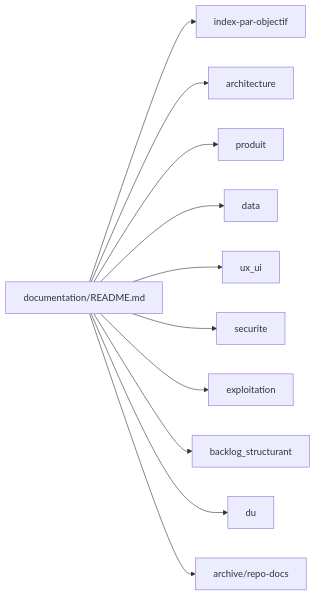
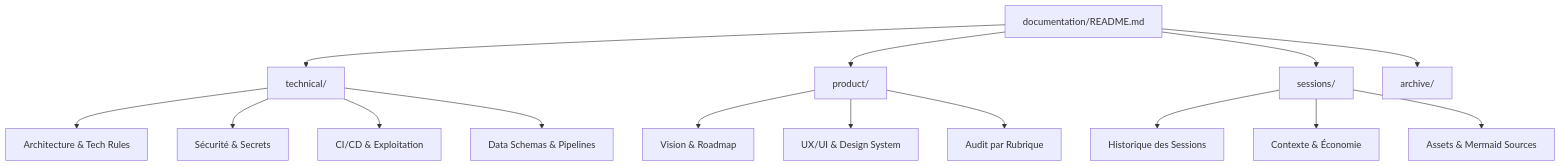
One commit to maxd4/CleanmyMap changed the diagram in documentation/README.md. Above: the diagram before and after it, drawn with Mermaid. The commit also changed other lines of this file and 114 other files, not shown here.

````diff
--- a/documentation/README.md
+++ b/documentation/README.md
@@ -6,13 +7,20 @@
 ```mermaid
-flowchart LR
-  ROOT[documentation/README.md] --> IDX[index-par-objectif]
-  ROOT --> ARCH[architecture]
-  ROOT --> PROD[produit]
-  ROOT --> DATA[data]
-  ROOT --> UX[ux_ui]
-  ROOT --> SECU[securite]
-  ROOT --> OPS[exploitation]
-  ROOT --> BACKLOG[backlog_structurant]
-  ROOT --> DU[du]
-  ROOT --> ARCHIVE[archive/repo-docs]
+flowchart TD
+  ROOT[documentation/README.md] --> TECH[technical/]
+  ROOT --> PROD[product/]
+  ROOT --> SESS[sessions/]
+  ROOT --> ARCHIVE[archive/]
+
+  TECH --> ARCH[Architecture & Tech Rules]
+  TECH --> SECU[Sécurité & Secrets]
+  TECH --> OPS[CI/CD & Exploitation]
+  TECH --> DATA[Data Schemas & Pipelines]
+
+  PROD --> VIS[Vision & Roadmap]
+  PROD --> UX[UX/UI & Design System]
+  PROD --> AUDIT[Audit par Rubrique]
+
+  SESS --> HIST[Historique des Sessions]
+  SESS --> CTX[Contexte & Économie]
+  SESS --> AST[Assets & Mermaid Sources]
 ```
````
